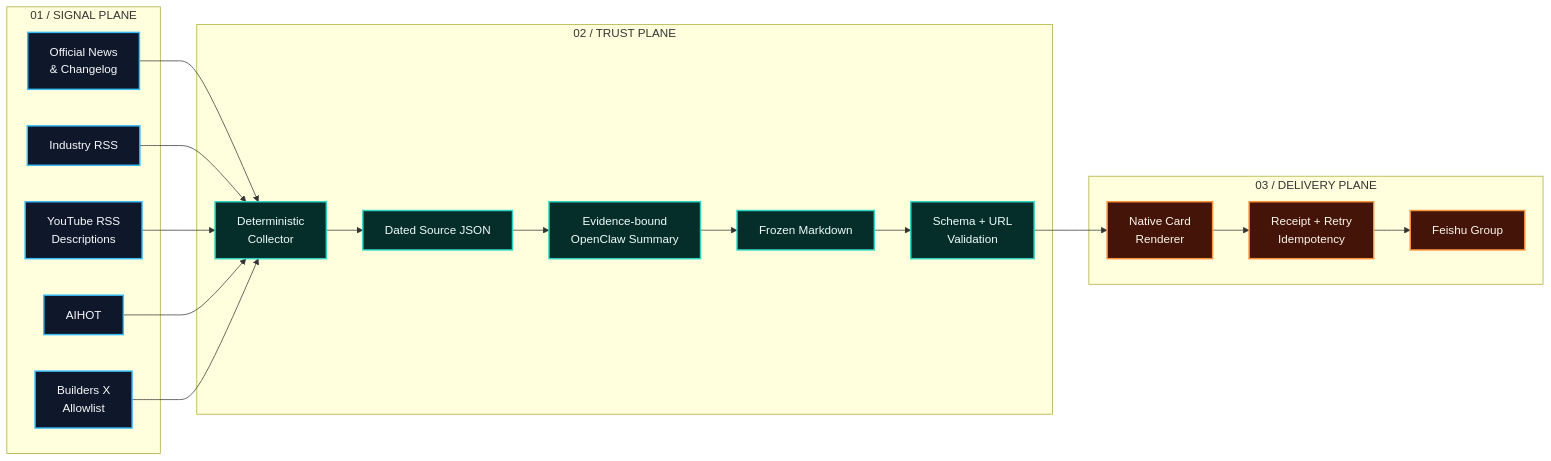
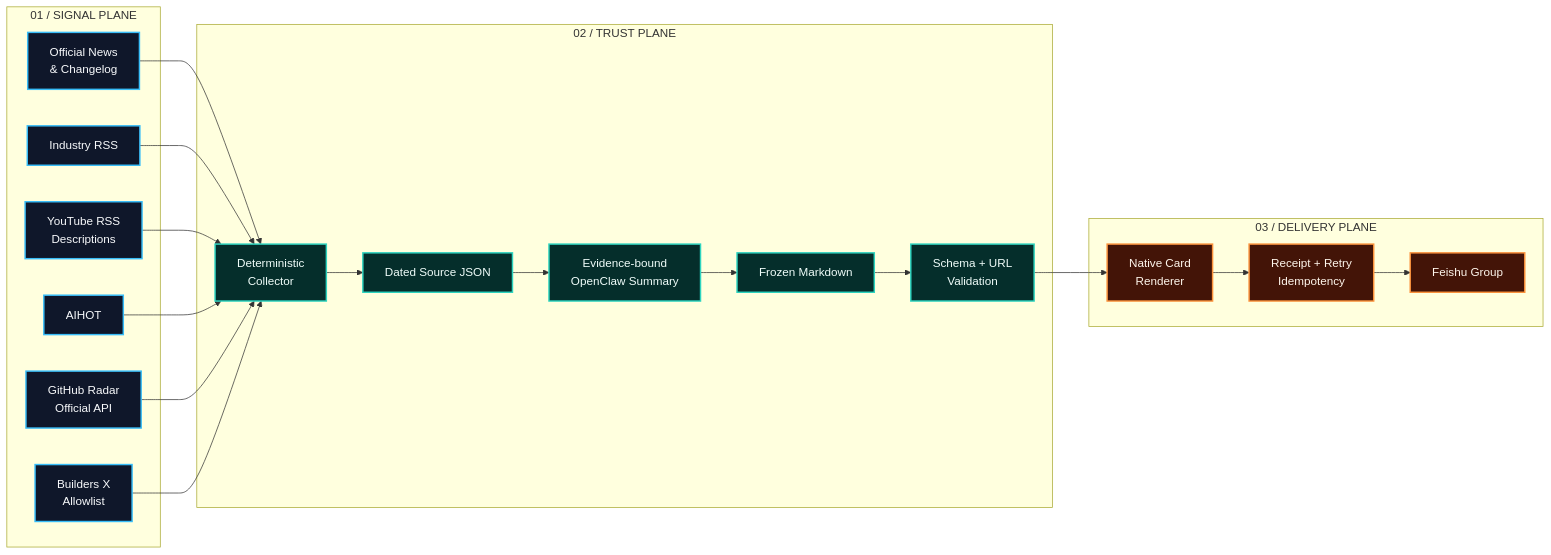
Before and after one commit to Health-525/ai-news-skills: the diagram in README.md, drawn with Mermaid. The commit also changed other lines of this file and 16 other files, not shown here.

Commit message:
feat: add GitHub radar and harden source quality

````diff
--- a/README.md
+++ b/README.md
@@ -47,34 +47,35 @@
 ```mermaid
 flowchart LR
     subgraph SIGNAL["01 / SIGNAL PLANE"]
         A["Official News<br/>& Changelog"]
         B["Industry RSS"]
         C["YouTube RSS<br/>Descriptions"]
         D["AIHOT"]
-        E["Builders X<br/>Allowlist"]
+        E["GitHub Radar<br/>Official API"]
+        N["Builders X<br/>Allowlist"]
     end
 
     subgraph TRUST["02 / TRUST PLANE"]
         F["Deterministic<br/>Collector"]
         G["Dated Source JSON"]
         H["Evidence-bound<br/>OpenClaw Summary"]
         I["Frozen Markdown"]
         J["Schema + URL<br/>Validation"]
     end
 
     subgraph DELIVERY["03 / DELIVERY PLANE"]
         K["Native Card<br/>Renderer"]
         L["Receipt + Retry<br/>Idempotency"]
         M["Feishu Group"]
     end
 
-    A & B & C & D & E --> F
+    A & B & C & D & E & N --> F
     F --> G --> H --> I --> J --> K --> L --> M
 
     classDef signal fill:#0f172a,stroke:#38bdf8,color:#f8fafc,stroke-width:2px
     classDef trust fill:#052e2b,stroke:#2dd4bf,color:#f0fdfa,stroke-width:2px
     classDef delivery fill:#431407,stroke:#fb923c,color:#fff7ed,stroke-width:2px
-    class A,B,C,D,E signal
+    class A,B,C,D,E,N signal
     class F,G,H,I,J trust
     class K,L,M delivery
 ```
````
